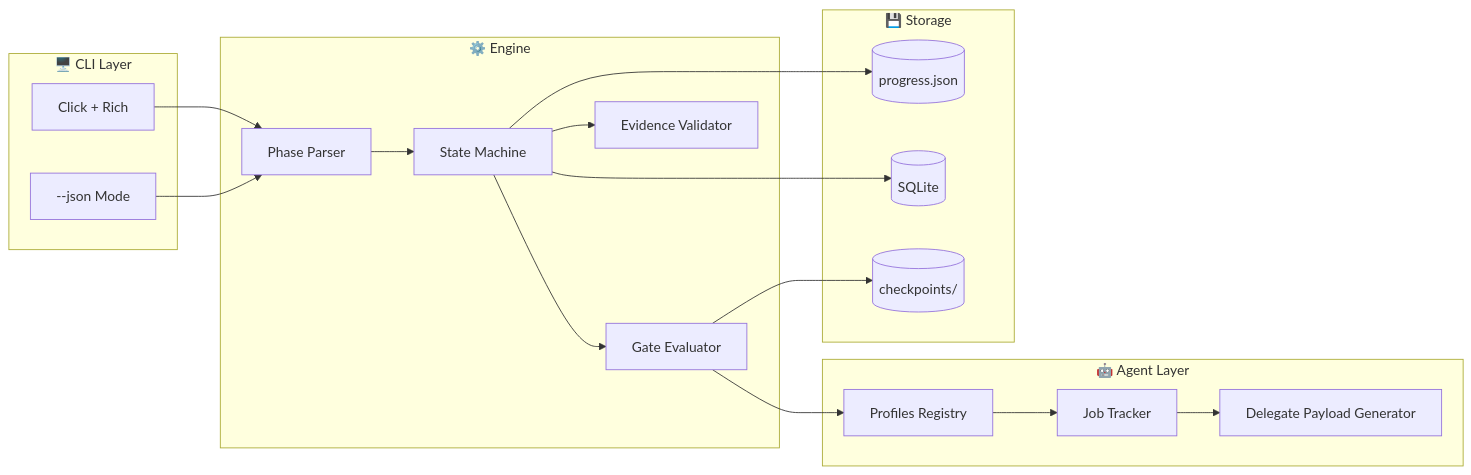
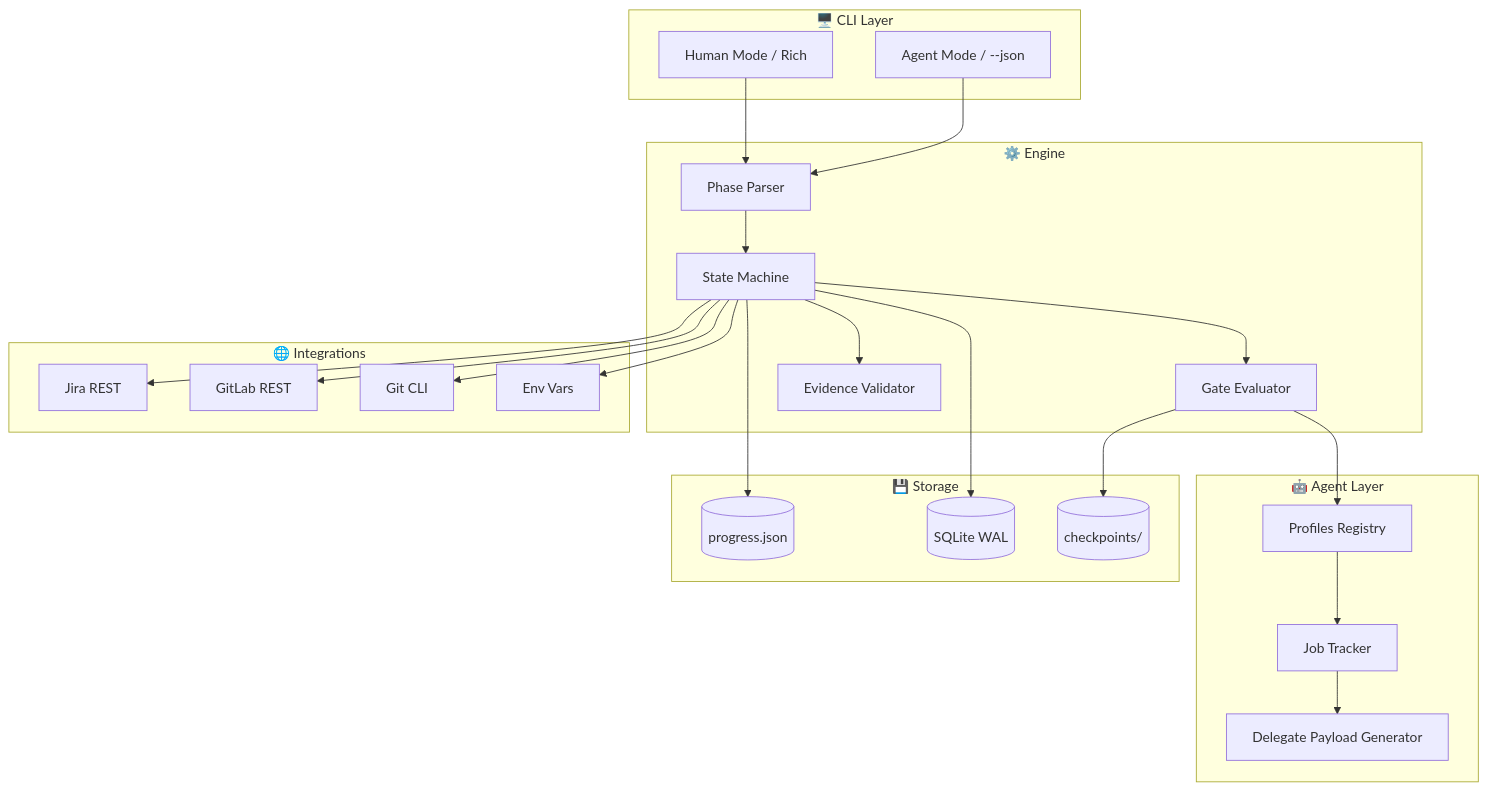
The second of 3 diagrams in README.md (FerrPOINT/project-workflow), drawn with Mermaid before and after one commit. The commit also changed other lines of this file, not shown here.

First line of the commit message:
docs: README v2.0 — positioning, architecture diagram, Gantt roadmap, mindmap, quality bar

````diff
--- a/README.md
+++ b/README.md
@@ -111,38 +154,45 @@
 ```mermaid
-graph LR
+flowchart TD
     subgraph CLI["🖥️ CLI Layer"]
-        A[Click + Rich]
-        B[--json Mode]
+        A[Human Mode / Rich]
+        B[Agent Mode / --json]
     end
-
     subgraph Engine["⚙️ Engine"]
         C[Phase Parser]
         D[State Machine]
         E[Gate Evaluator]
         F[Evidence Validator]
     end
-
     subgraph Agents["🤖 Agent Layer"]
         G[Profiles Registry]
         H[Job Tracker]
         I[Delegate Payload Generator]
     end
-
     subgraph Storage["💾 Storage"]
         J[(progress.json)]
-        K[(SQLite)]
+        K[(SQLite WAL)]
         L[(checkpoints/)]
+    end
+    subgraph External["🌐 Integrations"]
+        M[Jira REST]
+        N[GitLab REST]
+        O[Git CLI]
+        P[Env Vars]
     end
 
     A --> C
     B --> C
     C --> D
     D --> E
     D --> F
     E --> G
     G --> H
     H --> I
     D --> J
     D --> K
     E --> L
+    D --> M
+    D --> N
+    D --> O
+    D --> P
 ```
````
